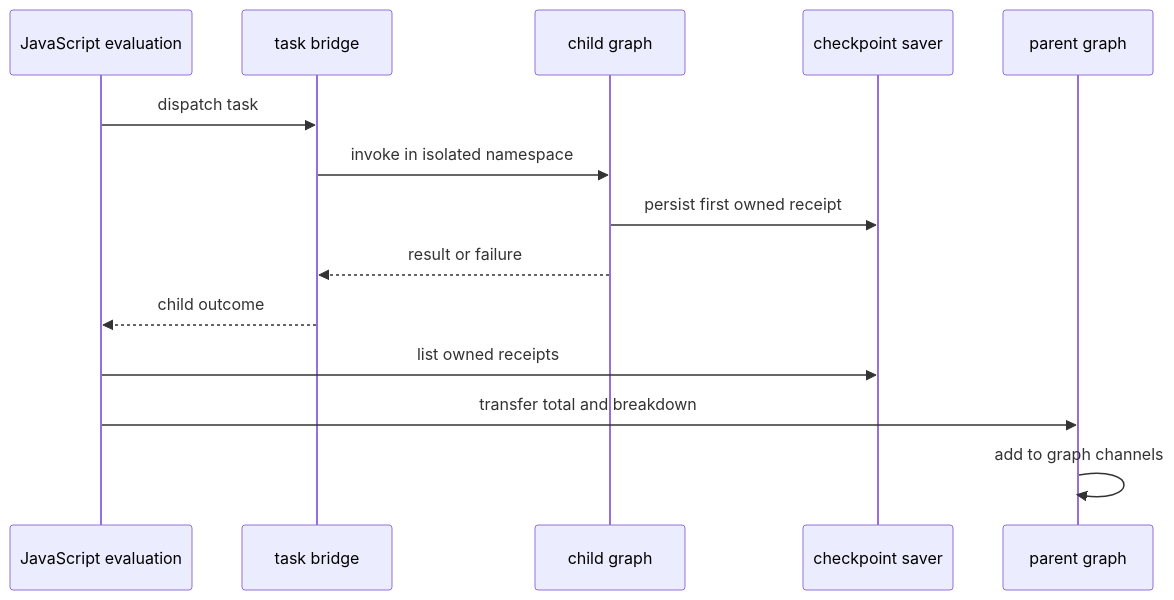
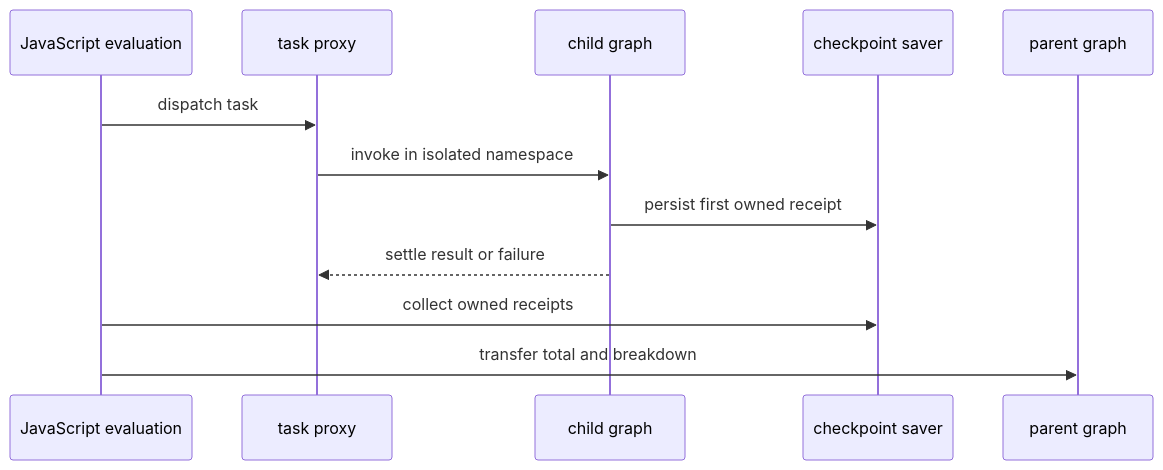
The second of 2 diagrams in openwiki/operations/cost-and-sessions.md (langchain-ai/deepagents), drawn with Mermaid before and after one commit. The commit also changed other lines of this file and 15 other files, not shown here.

````diff
--- a/openwiki/operations/cost-and-sessions.md
+++ b/openwiki/operations/cost-and-sessions.md
@@ -97,16 +68,14 @@
 ```mermaid
 sequenceDiagram
     participant Eval as JavaScript evaluation
-    participant Bridge as task bridge
+    participant Task as task proxy
     participant Child as child graph
     participant Saver as checkpoint saver
     participant Parent as parent graph
-    Eval->>Bridge: dispatch task
-    Bridge->>Child: invoke in isolated namespace
+    Eval->>Task: dispatch task
+    Task->>Child: invoke in isolated namespace
     Child->>Saver: persist first owned receipt
-    Child-->>Bridge: result or failure
-    Bridge-->>Eval: child outcome
-    Eval->>Saver: list owned receipts
+    Child-->>Task: settle result or failure
+    Eval->>Saver: collect owned receipts
     Eval->>Parent: transfer total and breakdown
-    Parent->>Parent: add to graph channels
 ```
````
